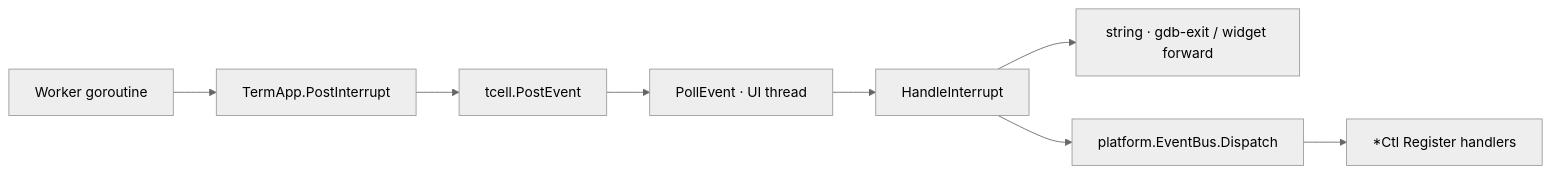
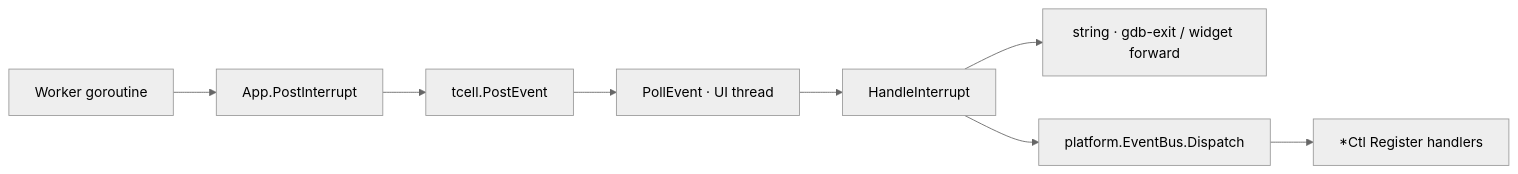
Before and after one commit to yairgd/gdbforge: the second of 11 diagrams in docs/ARCHITECTURE.md, drawn with Mermaid (neutral theme). The commit also changed other lines of this file and 267 other files, not shown here.

````diff
--- a/docs/ARCHITECTURE.md
+++ b/docs/ARCHITECTURE.md
@@ -164,15 +164,15 @@
 ```mermaid
 flowchart LR
     Worker["Worker goroutine"]
-    Post["TermApp.PostInterrupt"]
+    Post["App.PostInterrupt"]
     Screen["tcell.PostEvent"]
     Poll["PollEvent · UI thread"]
     HI["HandleInterrupt"]
     Str["string · gdb-exit / widget forward"]
     Bus["platform.EventBus.Dispatch"]
     Ctl["*Ctl Register handlers"]
 
     Worker --> Post --> Screen --> Poll --> HI
     HI --> Str
     HI --> Bus --> Ctl
 ```
````
